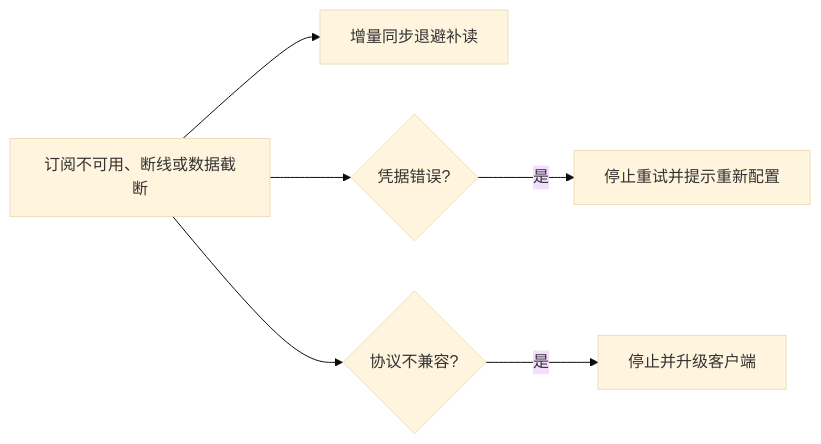
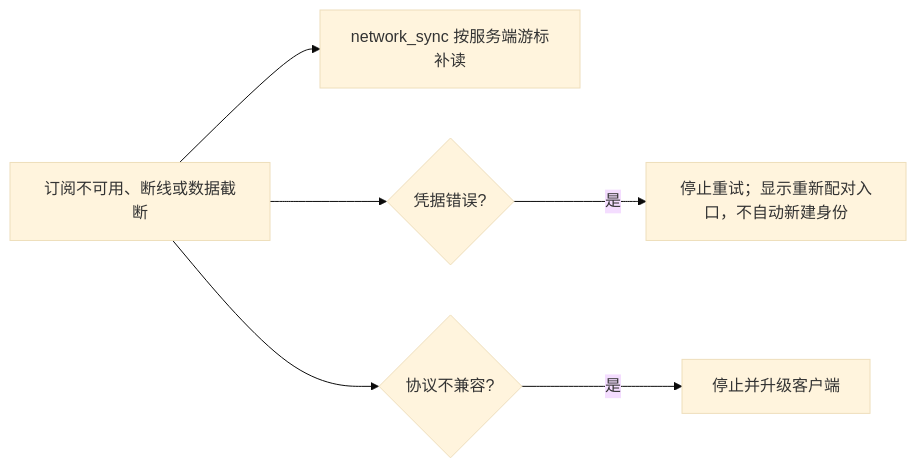
Diagram 13 of 14 in public/skills/agent-network-skills.md (KonghaYao/agent-network), drawn with Mermaid (base theme) before and after one commit. The commit also changed other lines of this file and 40 other files, not shown here.

````diff
--- a/public/skills/agent-network-skills.md
+++ b/public/skills/agent-network-skills.md
@@ -453,8 +455,8 @@
 ```mermaid
 flowchart LR
-    A["订阅不可用、断线或数据截断"] --> B["增量同步退避补读"]
+    A["订阅不可用、断线或数据截断"] --> B["network_sync 按服务端游标补读"]
     A --> C{"凭据错误?"}
-    C -- 是 --> D["停止重试并提示重新配置"]
+    C -- 是 --> D["停止重试；显示重新配对入口，不自动新建身份"]
     A --> E{"协议不兼容?"}
     E -- 是 --> F["停止并升级客户端"]
 ```
````
